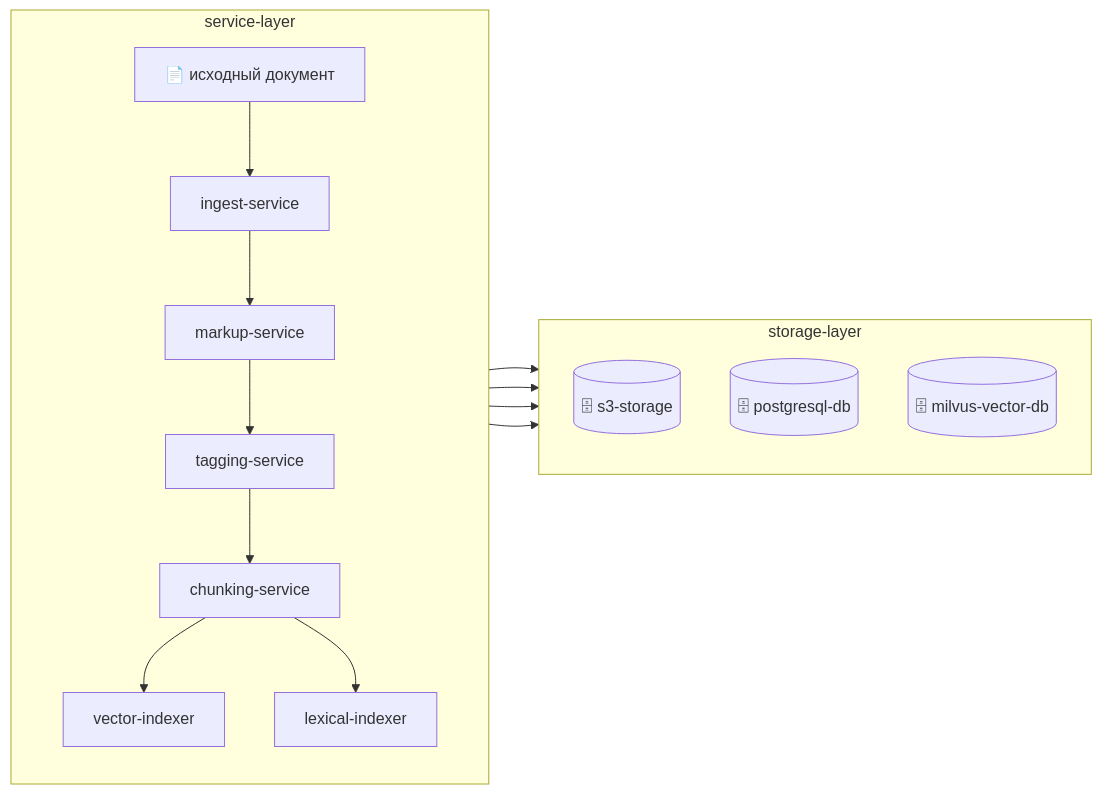
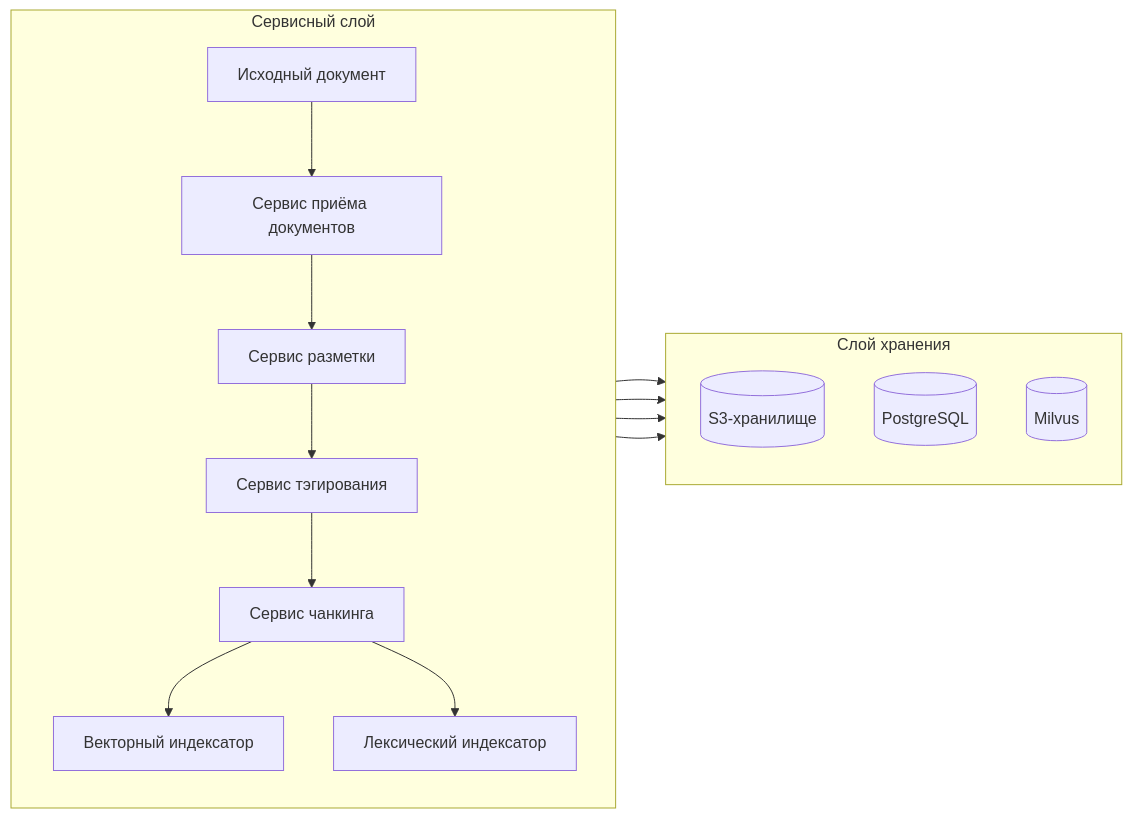
Diagram 13 of 19 in TZ/1_zapiska_k_tz.md (Trump68/infra), drawn with Mermaid before and after one commit. The commit also changed other lines of this file and 2 other files, not shown here.

````diff
--- a/TZ/1_zapiska_k_tz.md
+++ b/TZ/1_zapiska_k_tz.md
@@ -1875,24 +1968,24 @@
 ```mermaid
 flowchart LR
-  subgraph SERVICE_LAYER[service-layer]
+  subgraph SERVICE_LAYER[Сервисный слой]
     direction TB
-    DOCS[📄 исходный документ] --> ING[ingest-service]
-    ING --> MS[markup-service]
-    MS --> TS[tagging-service]
-    TS --> CS[chunking-service]
-    CS --> VI[vector-indexer]
-    CS --> LI[lexical-indexer]
+    DOCS[Исходный документ] --> ING[Сервис приёма документов]
+    ING --> MS[Сервис разметки]
+    MS --> TS[Сервис тэгирования]
+    TS --> CS[Сервис чанкинга]
+    CS --> VI[Векторный индексатор]
+    CS --> LI[Лексический индексатор]
   end
 
-  subgraph STORAGE_LAYER[storage-layer]
+  subgraph STORAGE_LAYER[Слой хранения]
     direction TB
-    S3[(🗄 s3-storage)]
-    PG[(🗄 postgresql-db)]
-    MV[(🗄 milvus-vector-db)]
+    S3[(S3-хранилище)]
+    PG[(PostgreSQL)]
+    MV[(Milvus)]
   end
 
   TS --> S3
   CS --> PG
   VI --> MV
   LI --> PG
 ```
````
